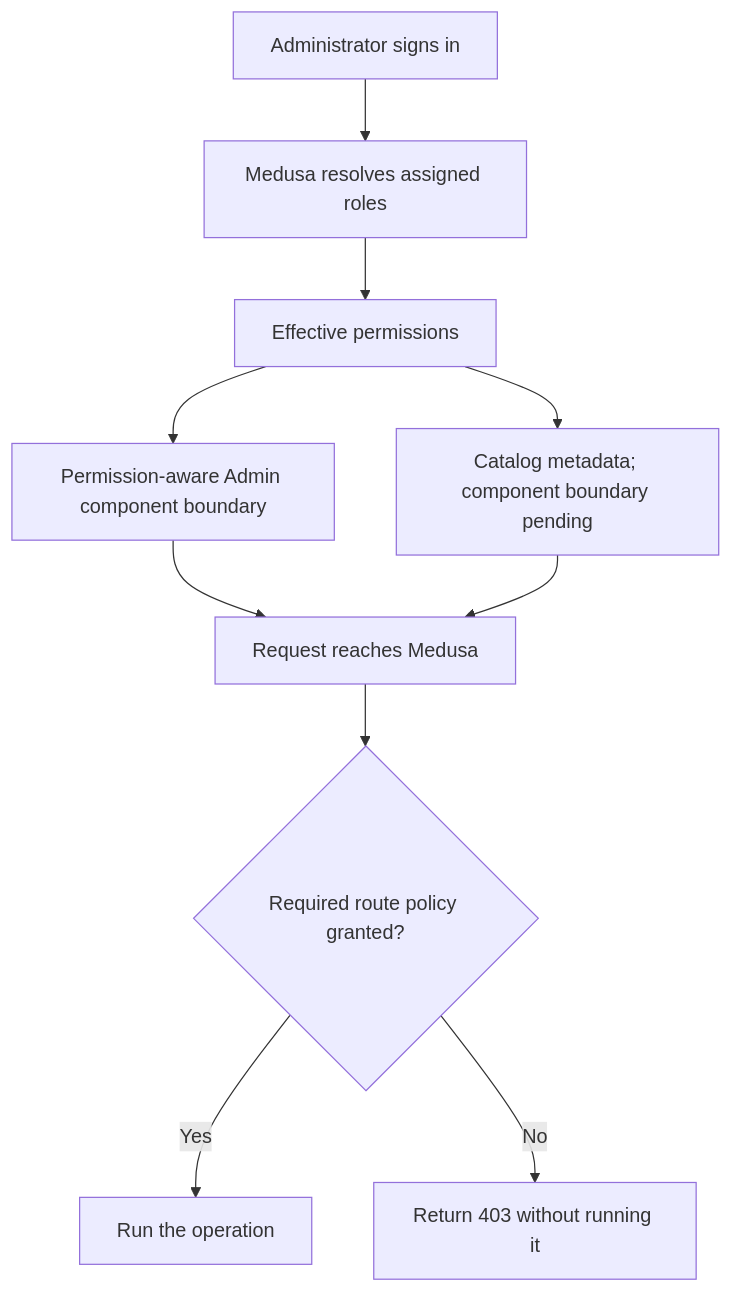
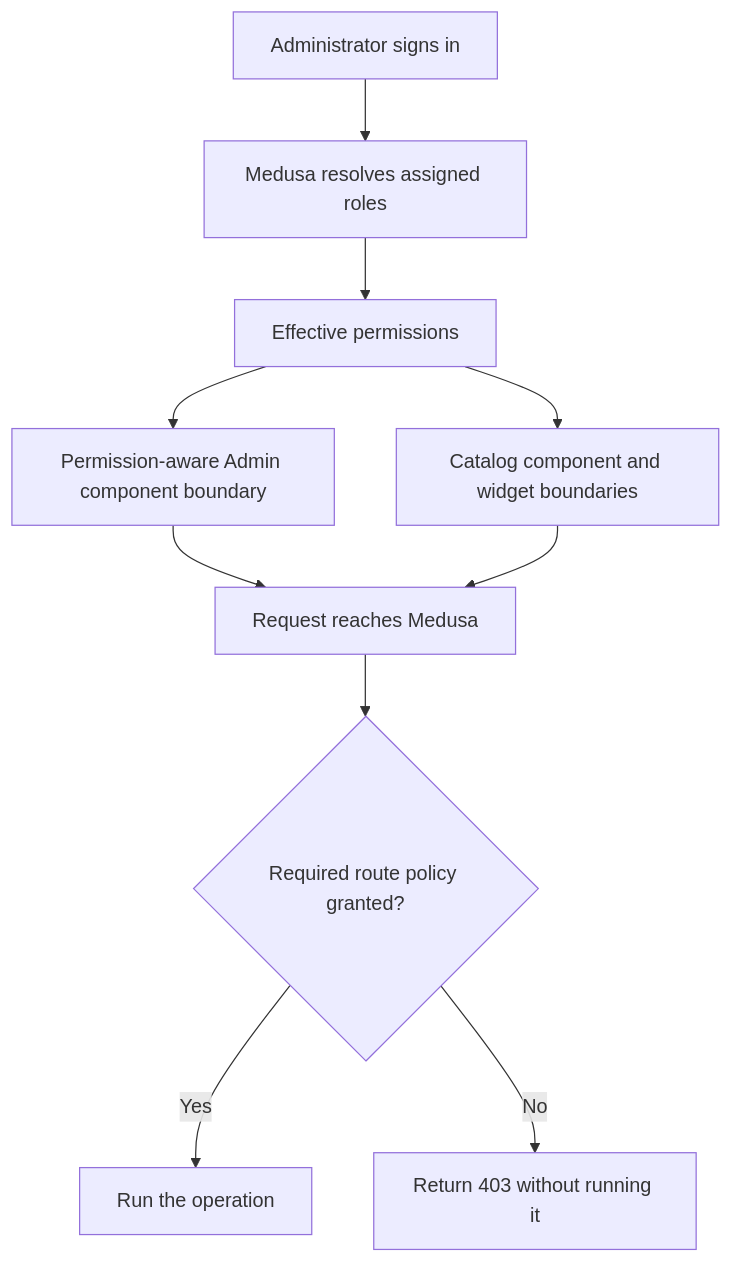
The second of 4 diagrams in README.md (traweezy/remorseless-records), drawn with Mermaid before and after one commit. The commit also changed other lines of this file and 5 other files, not shown here.

````diff
--- a/README.md
+++ b/README.md
@@ -269,12 +268,12 @@
 ```mermaid
 flowchart TD
   Login[Administrator signs in] --> Roles[Medusa resolves assigned roles]
   Roles --> Permission[Effective permissions]
   Permission --> UI[Permission-aware Admin component boundary]
-  Permission --> Catalog[Catalog metadata; component boundary pending]
+  Permission --> Catalog[Catalog component and widget boundaries]
   UI --> API[Request reaches Medusa]
   Catalog --> API
   API --> Check{Required route policy granted?}
   Check -- Yes --> Handler[Run the operation]
   Check -- No --> Deny[Return 403 without running it]
 ```
````
